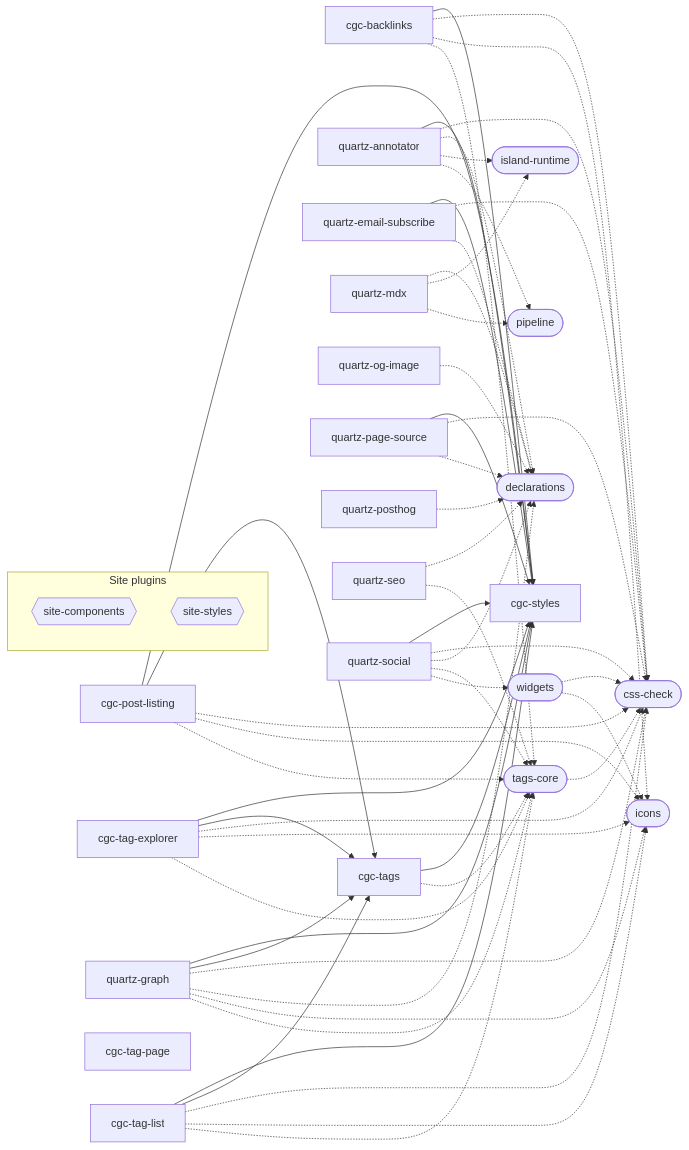
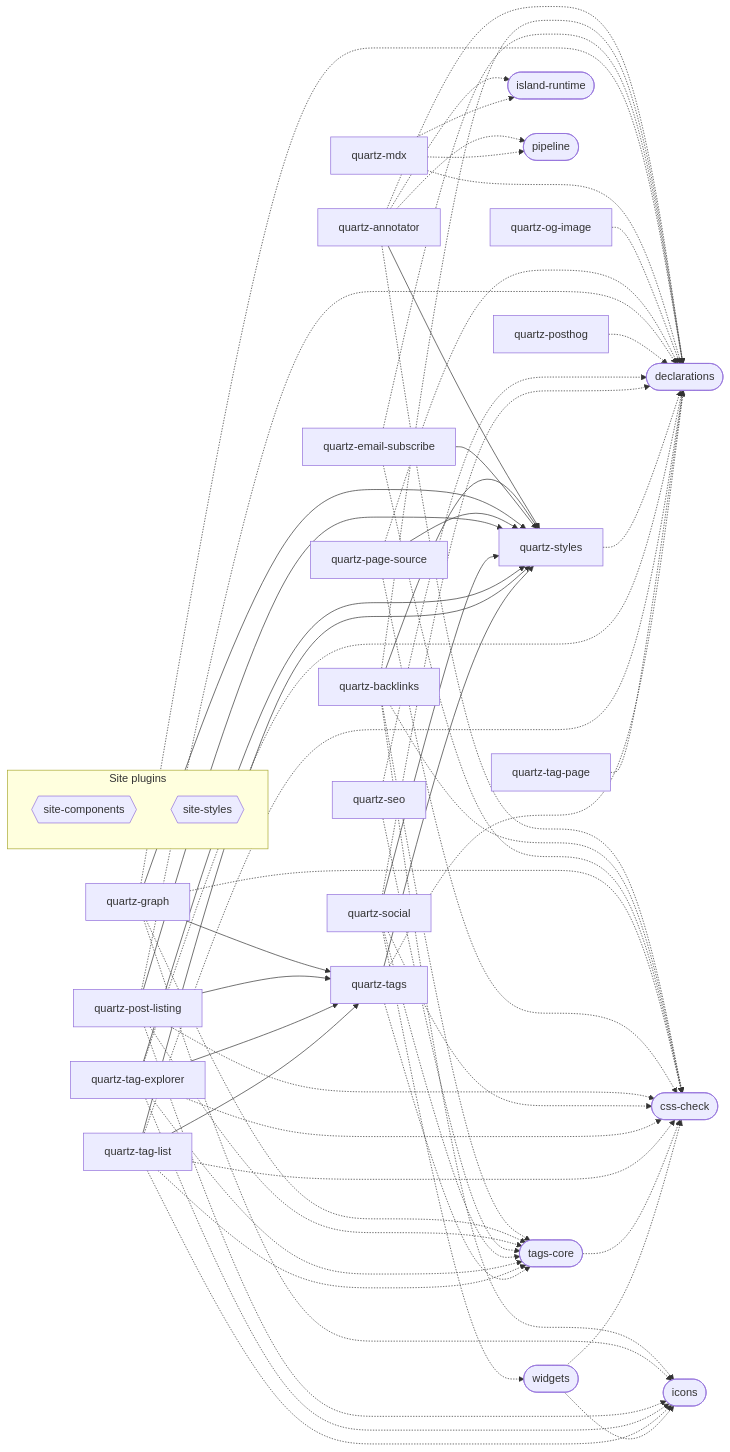
One commit to chaoticgoodcomputing/blog changed the diagram in content/public/tags/projects/site/plugins/index.md. Above: the diagram before and after it, drawn with Mermaid. The commit also changed 233 other files, not shown here.

````diff
--- a/content/public/tags/projects/site/plugins/index.md
+++ b/content/public/tags/projects/site/plugins/index.md
@@ -16,21 +16,21 @@
 ```mermaid
 flowchart LR
-  plugin_cgc_backlinks["cgc-backlinks"]
-  plugin_cgc_post_listing["cgc-post-listing"]
-  plugin_cgc_styles["cgc-styles"]
-  plugin_cgc_tag_explorer["cgc-tag-explorer"]
-  plugin_cgc_tag_list["cgc-tag-list"]
-  plugin_cgc_tag_page["cgc-tag-page"]
-  plugin_cgc_tags["cgc-tags"]
   plugin_quartz_annotator["quartz-annotator"]
+  plugin_quartz_backlinks["quartz-backlinks"]
   plugin_quartz_email_subscribe["quartz-email-subscribe"]
   plugin_quartz_graph["quartz-graph"]
   plugin_quartz_mdx["quartz-mdx"]
   plugin_quartz_og_image["quartz-og-image"]
   plugin_quartz_page_source["quartz-page-source"]
+  plugin_quartz_post_listing["quartz-post-listing"]
   plugin_quartz_posthog["quartz-posthog"]
   plugin_quartz_seo["quartz-seo"]
   plugin_quartz_social["quartz-social"]
+  plugin_quartz_styles["quartz-styles"]
+  plugin_quartz_tag_explorer["quartz-tag-explorer"]
+  plugin_quartz_tag_list["quartz-tag-list"]
+  plugin_quartz_tag_page["quartz-tag-page"]
+  plugin_quartz_tags["quartz-tags"]
   library_css_check(["css-check"])
   library_declarations(["declarations"])
   library_icons(["icons"])
@@ -42,37 +42,28 @@
     site_plugin_site_components{{"site-components"}}
     site_plugin_site_styles{{"site-styles"}}
   end
-  plugin_cgc_backlinks --> plugin_cgc_styles
-  plugin_cgc_post_listing --> plugin_cgc_styles
-  plugin_cgc_post_listing --> plugin_cgc_tags
-  plugin_cgc_tag_explorer --> plugin_cgc_styles
-  plugin_cgc_tag_explorer --> plugin_cgc_tags
-  plugin_cgc_tag_list --> plugin_cgc_styles
-  plugin_cgc_tag_list --> plugin_cgc_tags
-  plugin_cgc_tags --> plugin_cgc_styles
-  plugin_quartz_annotator --> plugin_cgc_styles
-  plugin_quartz_email_subscribe --> plugin_cgc_styles
-  plugin_quartz_graph --> plugin_cgc_styles
-  plugin_quartz_graph --> plugin_cgc_tags
-  plugin_quartz_page_source --> plugin_cgc_styles
-  plugin_quartz_social --> plugin_cgc_styles
-  plugin_cgc_backlinks -.-> library_css_check
-  plugin_cgc_backlinks -.-> library_icons
-  plugin_cgc_backlinks -.-> library_tags_core
-  plugin_cgc_post_listing -.-> library_css_check
-  plugin_cgc_post_listing -.-> library_icons
-  plugin_cgc_post_listing -.-> library_tags_core
-  plugin_cgc_tag_explorer -.-> library_css_check
-  plugin_cgc_tag_explorer -.-> library_icons
-  plugin_cgc_tag_explorer -.-> library_tags_core
-  plugin_cgc_tag_list -.-> library_css_check
-  plugin_cgc_tag_list -.-> library_icons
-  plugin_cgc_tag_list -.-> library_tags_core
-  plugin_cgc_tags -.-> library_tags_core
+  plugin_quartz_annotator --> plugin_quartz_styles
+  plugin_quartz_backlinks --> plugin_quartz_styles
+  plugin_quartz_email_subscribe --> plugin_quartz_styles
+  plugin_quartz_graph --> plugin_quartz_styles
+  plugin_quartz_graph --> plugin_quartz_tags
+  plugin_quartz_page_source --> plugin_quartz_styles
+  plugin_quartz_post_listing --> plugin_quartz_styles
+  plugin_quartz_post_listing --> plugin_quartz_tags
+  plugin_quartz_social --> plugin_quartz_styles
+  plugin_quartz_tag_explorer --> plugin_quartz_styles
+  plugin_quartz_tag_explorer --> plugin_quartz_tags
+  plugin_quartz_tag_list --> plugin_quartz_styles
+  plugin_quartz_tag_list --> plugin_quartz_tags
+  plugin_quartz_tags --> plugin_quartz_styles
   plugin_quartz_annotator -.-> library_css_check
   plugin_quartz_annotator -.-> library_declarations
   plugin_quartz_annotator -.-> library_island_runtime
   plugin_quartz_annotator -.-> library_pipeline
+  plugin_quartz_backlinks -.-> library_css_check
+  plugin_quartz_backlinks -.-> library_declarations
+  plugin_quartz_backlinks -.-> library_icons
+  plugin_quartz_backlinks -.-> library_tags_core
   plugin_quartz_email_subscribe -.-> library_css_check
   plugin_quartz_email_subscribe -.-> library_declarations
   plugin_quartz_graph -.-> library_css_check
@@ -85,6 +76,10 @@
   plugin_quartz_og_image -.-> library_declarations
   plugin_quartz_page_source -.-> library_css_check
   plugin_quartz_page_source -.-> library_declarations
+  plugin_quartz_post_listing -.-> library_css_check
+  plugin_quartz_post_listing -.-> library_declarations
+  plugin_quartz_post_listing -.-> library_icons
+  plugin_quartz_post_listing -.-> library_tags_core
   plugin_quartz_posthog -.-> library_declarations
   plugin_quartz_seo -.-> library_declarations
   plugin_quartz_seo -.-> library_tags_core
@@ -92,23 +87,35 @@
   plugin_quartz_social -.-> library_declarations
   plugin_quartz_social -.-> library_tags_core
   plugin_quartz_social -.-> library_widgets
+  plugin_quartz_styles -.-> library_declarations
+  plugin_quartz_tag_explorer -.-> library_css_check
+  plugin_quartz_tag_explorer -.-> library_declarations
+  plugin_quartz_tag_explorer -.-> library_icons
+  plugin_quartz_tag_explorer -.-> library_tags_core
+  plugin_quartz_tag_list -.-> library_css_check
+  plugin_quartz_tag_list -.-> library_declarations
+  plugin_quartz_tag_list -.-> library_icons
+  plugin_quartz_tag_list -.-> library_tags_core
+  plugin_quartz_tag_page -.-> library_declarations
+  plugin_quartz_tags -.-> library_declarations
+  plugin_quartz_tags -.-> library_tags_core
   library_tags_core -.-> library_css_check
   library_widgets -.-> library_css_check
   library_widgets -.-> library_icons
-  click plugin_cgc_backlinks "/plugins/cgc-backlinks"
-  click plugin_cgc_post_listing "/plugins/cgc-post-listing"
-  click plugin_cgc_styles "/plugins/cgc-styles"
-  click plugin_cgc_tag_explorer "/plugins/cgc-tag-explorer"
-  click plugin_cgc_tag_list "/plugins/cgc-tag-list"
-  click plugin_cgc_tag_page "/plugins/cgc-tag-page"
-  click plugin_cgc_tags "/plugins/cgc-tags"
   click plugin_quartz_annotator "/plugins/quartz-annotator"
+  click plugin_quartz_backlinks "/plugins/quartz-backlinks"
   click plugin_quartz_email_subscribe "/plugins/quartz-email-subscribe"
   click plugin_quartz_graph "/plugins/quartz-graph"
   click plugin_quartz_mdx "/plugins/quartz-mdx"
   click plugin_quartz_og_image "/plugins/quartz-og-image"
   click plugin_quartz_page_source "/plugins/quartz-page-source"
+  click plugin_quartz_post_listing "/plugins/quartz-post-listing"
   click plugin_quartz_posthog "/plugins/quartz-posthog"
   click plugin_quartz_seo "/plugins/quartz-seo"
   click plugin_quartz_social "/plugins/quartz-social"
+  click plugin_quartz_styles "/plugins/quartz-styles"
+  click plugin_quartz_tag_explorer "/plugins/quartz-tag-explorer"
+  click plugin_quartz_tag_list "/plugins/quartz-tag-list"
+  click plugin_quartz_tag_page "/plugins/quartz-tag-page"
+  click plugin_quartz_tags "/plugins/quartz-tags"
 ```
````
